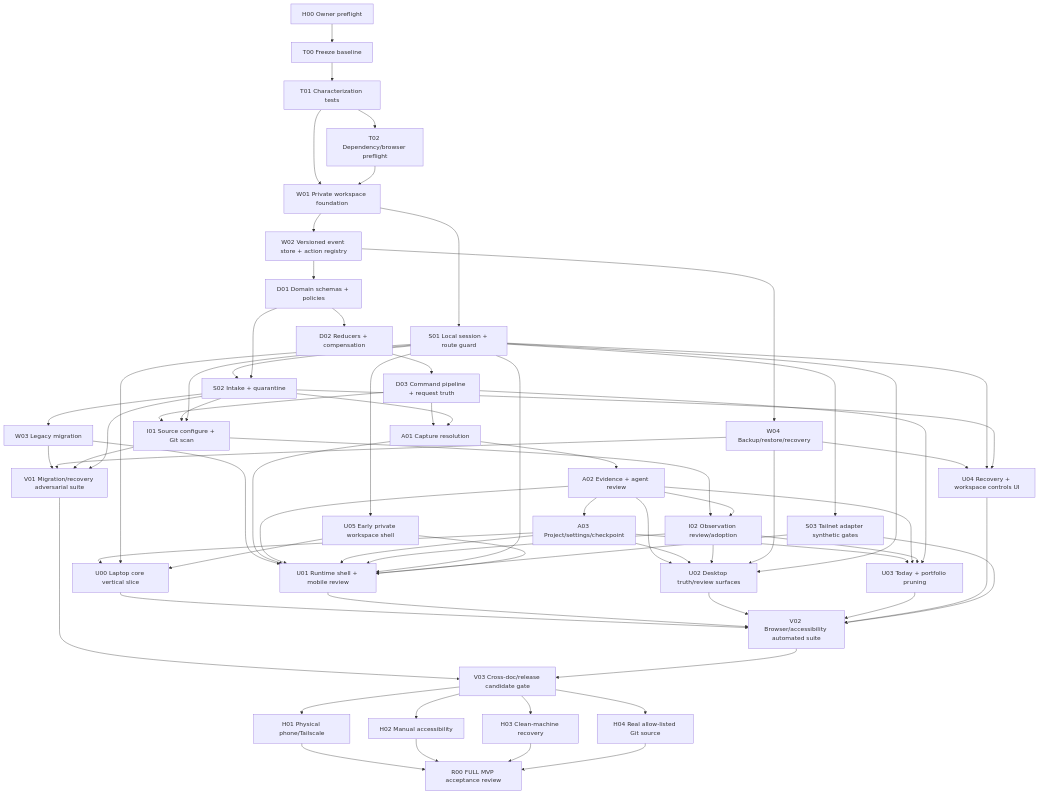
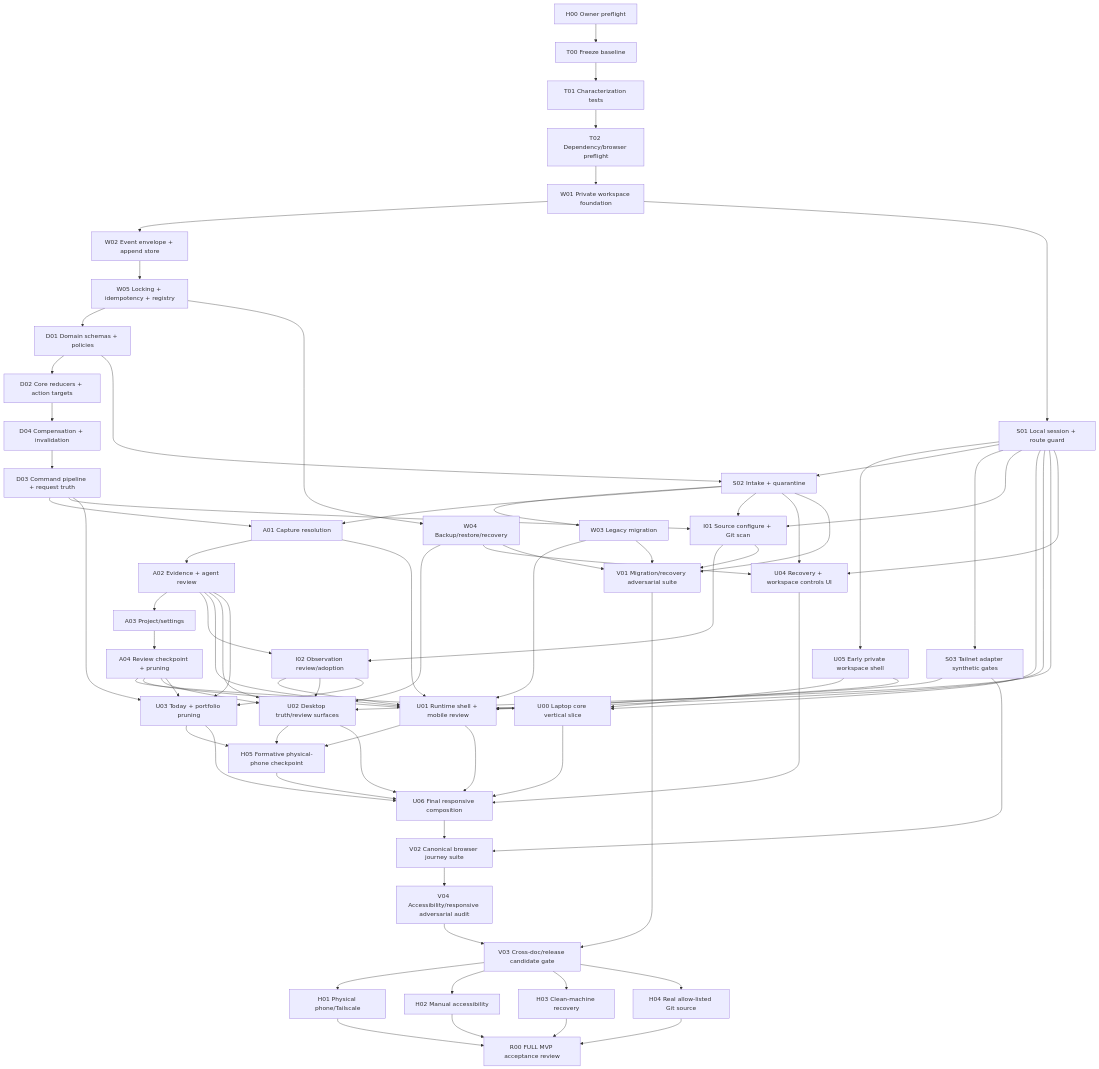
The diagram in docs/full-mvp/03_IMPLEMENTATION_DAG.md (SDV-G-Deploy/AGENCY_OS_FIRST), drawn with Mermaid before and after one commit. The commit also changed other lines of this file and 13 other files, not shown here.

````diff
--- a/docs/full-mvp/03_IMPLEMENTATION_DAG.md
+++ b/docs/full-mvp/03_IMPLEMENTATION_DAG.md
@@ -198,71 +205,79 @@
 ```mermaid
 flowchart TD
     H00["H00 Owner preflight"] --> T00["T00 Freeze baseline"]
     T00 --> T01["T01 Characterization tests"]
     T01 --> T02["T02 Dependency/browser preflight"]
-    T01 --> W01["W01 Private workspace foundation"]
-    T02 --> W01
-    W01 --> W02["W02 Versioned event store + action registry"]
-    W02 --> D01["D01 Domain schemas + policies"]
-    W02 --> W04["W04 Backup/restore/recovery"]
-    D01 --> D02["D02 Reducers + compensation"]
-    D02 --> D03["D03 Command pipeline + request truth"]
+    T02 --> W01["W01 Private workspace foundation"]
+    W01 --> W02["W02 Event envelope + append store"]
+    W02 --> W05["W05 Locking + idempotency + registry"]
+    W05 --> D01["D01 Domain schemas + policies"]
+    W05 --> W04["W04 Backup/restore/recovery"]
+    D01 --> D02["D02 Core reducers + action targets"]
+    D02 --> D04["D04 Compensation + invalidation"]
+    D04 --> D03["D03 Command pipeline + request truth"]
     W01 --> S01["S01 Local session + route guard"]
     S01 --> U05["U05 Early private workspace shell"]
     S01 --> S02["S02 Intake + quarantine"]
     D01 --> S02
     S02 --> W03["W03 Legacy migration"]
     S01 --> S03["S03 Tailnet adapter synthetic gates"]
     D03 --> A01["A01 Capture resolution"]
     S02 --> A01
     A01 --> A02["A02 Evidence + agent review"]
-    A02 --> A03["A03 Project/settings/checkpoint"]
+    A02 --> A03["A03 Project/settings"]
+    A03 --> A04["A04 Review checkpoint + pruning"]
     D03 --> I01["I01 Source configure + Git scan"]
     S02 --> I01
     S01 --> I01
     I01 --> I02["I02 Observation review/adoption"]
     A02 --> I02
-    A03 --> U00["U00 Laptop core vertical slice"]
+    A04 --> U00["U00 Laptop core vertical slice"]
     S01 --> U00
     U05 --> U00
     W03 --> U01["U01 Runtime shell + mobile review"]
     A01 --> U01
     A02 --> U01
-    A03 --> U01
+    A04 --> U01
     I02 --> U01
     S01 --> U01
     S03 --> U01
     U05 --> U01
     A02 --> U02["U02 Desktop truth/review surfaces"]
-    A03 --> U02
+    A04 --> U02
     I02 --> U02
     W04 --> U02
     S01 --> U02
-    A03 --> U03["U03 Today + portfolio pruning"]
+    A04 --> U03["U03 Today + portfolio pruning"]
     A02 --> U03
     I02 --> U03
     D03 --> U03
     W04 --> U04["U04 Recovery + workspace controls UI"]
     S01 --> U04
     S02 --> U04
     W03 --> V01["V01 Migration/recovery adversarial suite"]
     W04 --> V01
     I01 --> V01
     S02 --> V01
-    U00 --> V02
-    U01 --> V02["V02 Browser/accessibility automated suite"]
-    U02 --> V02
-    U03 --> V02
-    U04 --> V02
+    U01 --> H05["H05 Formative physical-phone checkpoint"]
+    U02 --> H05
+    U03 --> H05
+    U00 --> U06["U06 Final responsive composition"]
+    U01 --> U06
+    U02 --> U06
+    U03 --> U06
+    U04 --> U06
+    H05 --> U06
+    U06 --> V02["V02 Canonical browser journey suite"]
     S03 --> V02
+    V02 --> V04["V04 Accessibility/responsive adversarial audit"]
     V01 --> V03["V03 Cross-doc/release candidate gate"]
-    V02 --> V03
+    V04 --> V03
     V03 --> H01["H01 Physical phone/Tailscale"]
     V03 --> H02["H02 Manual accessibility"]
     V03 --> H03["H03 Clean-machine recovery"]
     V03 --> H04["H04 Real allow-listed Git source"]
     H01 --> R00["R00 FULL MVP acceptance review"]
     H02 --> R00
     H03 --> R00
     H04 --> R00
 ```
````
